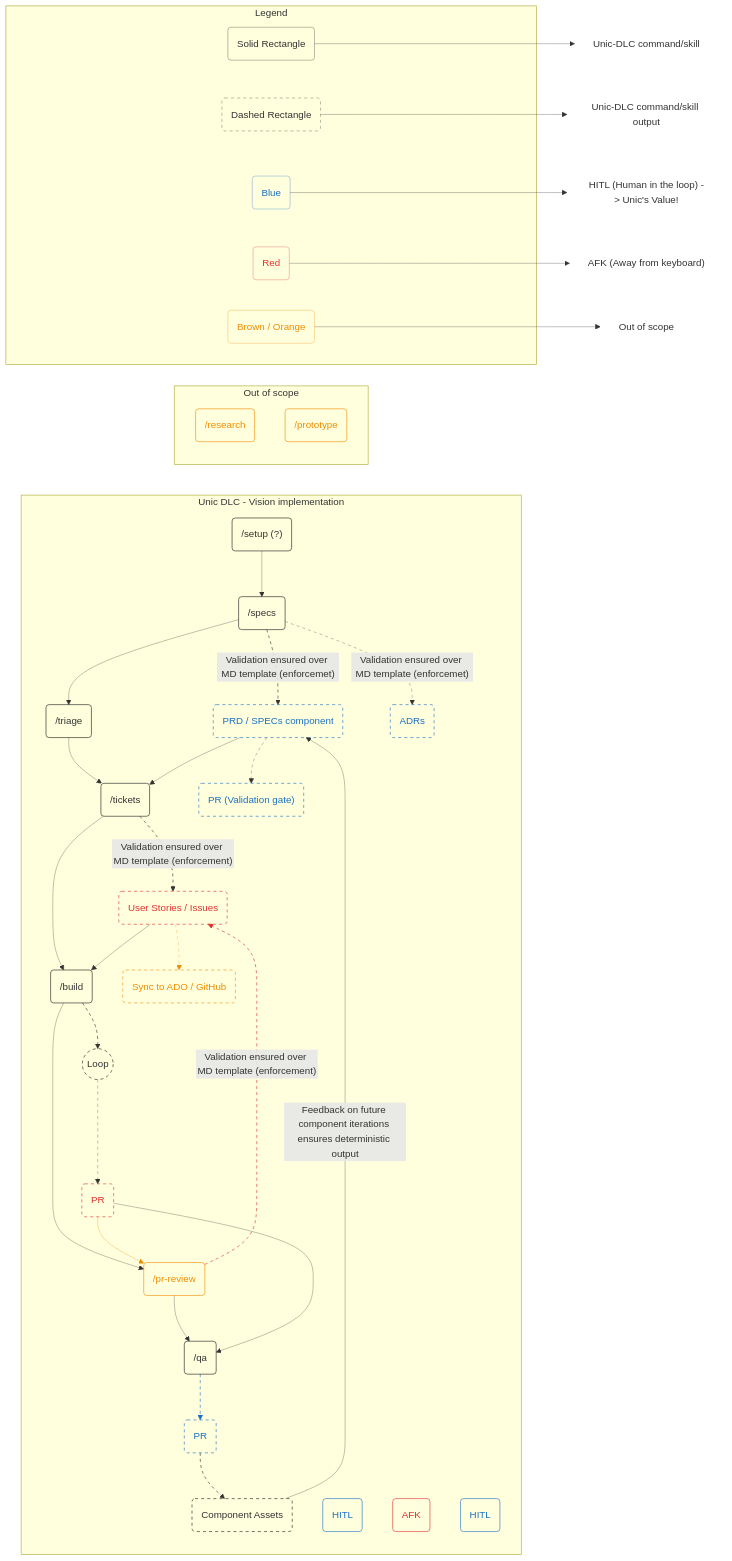
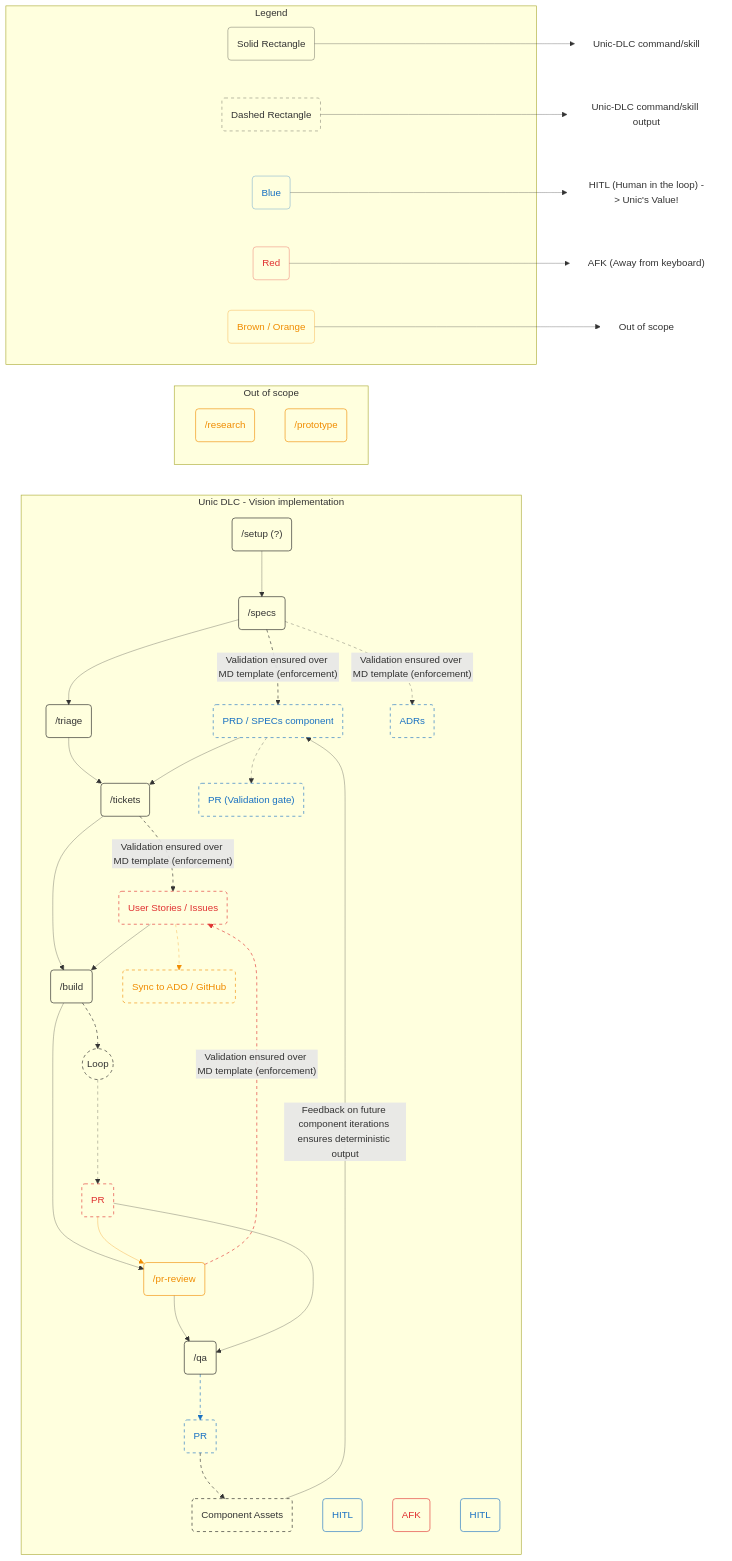
The diagram in apps/claude-code/unic-archon-dlc/docs/20260703-Unic-dlc-draft.mmd (unic/unic-agents-plugins), drawn with Mermaid before and after one commit. The commit also changed 2 other files, not shown here.

```diff
--- a/apps/claude-code/unic-archon-dlc/docs/20260703-Unic-dlc-draft.mmd
+++ b/apps/claude-code/unic-archon-dlc/docs/20260703-Unic-dlc-draft.mmd
@@ -1,121 +1,121 @@
 flowchart LR
   N26["Unic-DLC command/skill"]
   N27["Unic-DLC command/skill output"]
   N28["HITL (Human in the loop) -&gt; Unic's Value!"]
   N29["AFK (Away from keyboard)"]
   N30["Out of scope"]
   subgraph SG_LxSatkTi87_3_YaLF8WGs ["Unic DLC - Vision implementation"]
     N0("/specs")
     N1("/setup (?)")
     N4("PRD / SPECs component")
     N5("PR (Validation gate)")
     N6("ADRs")
     N7("User Stories / Issues")
     N8("Sync to ADO / GitHub")
     N9("PR")
     N10("PR")
     N11("Component Assets")
     N12("/triage")
     N13("/tickets")
     N14("/build")
     N15("/pr-review")
     N16("/qa")
     N17("HITL")
     N18("AFK")
     N19("HITL")
     N20(("Loop"))
   end
   subgraph SG_XPGXNIMT0LeAmNxoQB0a2 ["Out of scope"]
     N2("/research")
     N3("/prototype")
   end
   subgraph SG_2U1lUmvQVVmPtn2COk3xu ["Legend"]
     N21("Solid Rectangle")
     N22("Dashed Rectangle")
     N23("Blue")
     N24("Red")
     N25("Brown / Orange")
   end
-  N0 -.-> |"Validation ensured over MD template (enforcemet)"| N4
+  N0 -.-> |"Validation ensured over MD template (enforcement)"| N4
   N13 -.-> |"Validation ensured over MD template (enforcement)"| N7
   N15 -.-> |"Validation ensured over MD template (enforcement)"| N7
   N14 -.-> N20
   N16 -.-> N10
   N10 -.-> N11
   N0 --> N12
   N12 --> N13
   N13 --> N14
   N14 --> N15
   N15 --> N16
   N21 --> N26
   N22 --> N27
   N23 --> N28
   N24 --> N29
   N25 --> N30
   N20 -.-> N9
   N9 --> N15
   N1 --> N0
   N4 --> N13
   N7 --> N14
   N9 --> N16
   N11 --> |"Feedback on future component iterations ensures deterministic output"| N4
   N7 -.-> N8
-  N0 -.-> |"Validation ensured over MD template (enforcemet)"| N6
+  N0 -.-> |"Validation ensured over MD template (enforcement)"| N6
   N4 -.-> N5
 style N0 stroke:#1e1e1e,fill:none
 style N1 stroke:#1e1e1e,fill:none
 style N2 stroke:#f08c00,fill:none,color:#f08c00
 style N3 stroke:#f08c00,fill:none,color:#f08c00
 style N4 stroke-dasharray: 5 5,stroke:#1971c2,fill:none,color:#1971c2
 style N5 stroke-dasharray: 5 5,stroke:#1971c2,fill:none,color:#1971c2
 style N6 stroke-dasharray: 5 5,stroke:#1971c2,fill:none,color:#1971c2
 style N7 stroke-dasharray: 5 5,stroke:#e03131,fill:none,color:#e03131
 style N8 stroke-dasharray: 5 5,stroke:#f08c00,fill:none,color:#f08c00
 style N9 stroke-dasharray: 5 5,stroke:#e03131,fill:none,color:#e03131
 style N10 stroke-dasharray: 5 5,stroke:#1971c2,fill:none,color:#1971c2
 style N11 stroke-dasharray: 5 5,stroke:#1e1e1e,fill:none
 style N12 stroke:#1e1e1e,fill:none
 style N13 stroke:#1e1e1e,fill:none
 style N14 stroke:#1e1e1e,fill:none
 style N15 stroke:#f08c00,fill:none,color:#f08c00
 style N16 stroke:#1e1e1e,fill:none
 style N17 stroke:#1971c2,fill:none,color:#1971c2
 style N18 stroke:#e03131,fill:none,color:#e03131
 style N19 stroke:#1971c2,fill:none,color:#1971c2
 style N20 stroke-dasharray: 5 5,stroke:#1e1e1e,fill:none
 style N21 stroke:#1e1e1e,stroke-width:0.5,fill:none
 style N22 stroke-dasharray: 5 5,stroke:#1e1e1e,stroke-width:0.5,fill:none
 style N23 stroke:#1971c2,stroke-width:0.5,fill:none,color:#1971c2
 style N24 stroke:#e03131,stroke-width:0.5,fill:none,color:#e03131
 style N25 stroke:#f08c00,stroke-width:0.5,fill:none,color:#f08c00
 style N26 fill:none,stroke:none
 style N27 fill:none,stroke:none
 style N28 fill:none,stroke:none
 style N29 fill:none,stroke:none
 style N30 fill:none,stroke:none
 linkStyle 0 stroke-dasharray: 5 5
 linkStyle 1 stroke-dasharray: 5 5
 linkStyle 2 stroke-dasharray: 5 5,stroke:#e03131
 linkStyle 3 stroke-dasharray: 5 5
 linkStyle 4 stroke-dasharray: 5 5,stroke:#1971c2
 linkStyle 5 stroke-dasharray: 5 5
 linkStyle 6 stroke-width:0.5
 linkStyle 7 stroke-width:0.5
 linkStyle 8 stroke-width:0.5
 linkStyle 9 stroke-width:0.5
 linkStyle 10 stroke-width:0.5
 linkStyle 11 stroke-width:0.5
 linkStyle 12 stroke-width:0.5
 linkStyle 13 stroke-width:0.5
 linkStyle 14 stroke-width:0.5
 linkStyle 15 stroke-width:0.5
 linkStyle 16 stroke-dasharray: 5 5,stroke-width:0.5
 linkStyle 17 stroke:#f08c00,stroke-width:0.5
 linkStyle 18 stroke-width:0.5
 linkStyle 19 stroke-width:0.5
 linkStyle 20 stroke-width:0.5
 linkStyle 21 stroke-width:0.5
 linkStyle 22 stroke-width:0.5
 linkStyle 23 stroke-dasharray: 5 5,stroke:#f08c00,stroke-width:0.5
 linkStyle 24 stroke-dasharray: 5 5,stroke-width:0.5
 linkStyle 25 stroke-dasharray: 5 5,stroke-width:0.5
```
